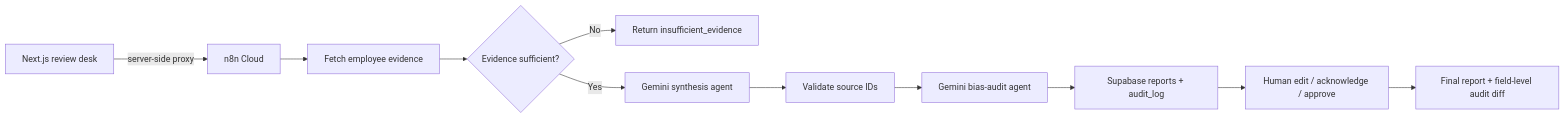
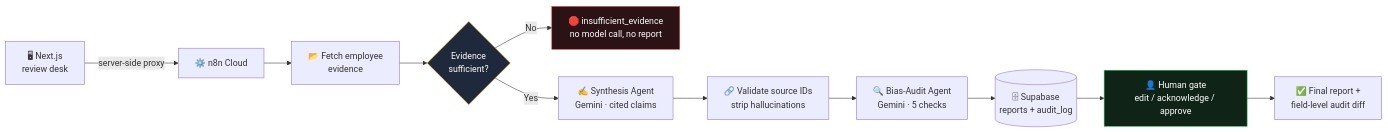
The diagram in README.md (satyamshrivastav955-dotcom/bias-aware-360-review-system), drawn with Mermaid before and after one commit. The commit also changed other lines of this file and 2 other files, not shown here.

````diff
--- a/README.md
+++ b/README.md
@@ -56,13 +94,17 @@
 ```mermaid
 flowchart LR
-  A[Next.js review desk] -->|server-side proxy| B[n8n Cloud]
-  B --> C[Fetch employee evidence]
-  C --> D{Evidence sufficient?}
-  D -->|No| E[Return insufficient_evidence]
-  D -->|Yes| F[Gemini synthesis agent]
-  F --> G[Validate source IDs]
-  G --> H[Gemini bias-audit agent]
-  H --> I[Supabase reports + audit_log]
-  I --> J[Human edit / acknowledge / approve]
-  J --> K[Final report + field-level audit diff]
+  A["🖥 Next.js<br/>review desk"] -->|server-side proxy| B["⚙️ n8n Cloud"]
+  B --> C["📂 Fetch employee<br/>evidence"]
+  C --> D{"Evidence<br/>sufficient?"}
+  D -->|No| E["🛑 insufficient_evidence<br/>no model call, no report"]
+  D -->|Yes| F["✍️ Synthesis Agent<br/>Gemini · cited claims"]
+  F --> G["🔗 Validate source IDs<br/>strip hallucinations"]
+  G --> H["🔍 Bias-Audit Agent<br/>Gemini · 5 checks"]
+  H --> I[("🗄 Supabase<br/>reports + audit_log")]
+  I --> J["👤 Human gate<br/>edit / acknowledge / approve"]
+  J --> K["✅ Final report +<br/>field-level audit diff"]
+
+  style D fill:#1e293b,stroke:#f59e0b,color:#fff
+  style E fill:#2a1215,stroke:#ef4444,color:#fff
+  style J fill:#0f2417,stroke:#22c55e,color:#fff
 ```
````
